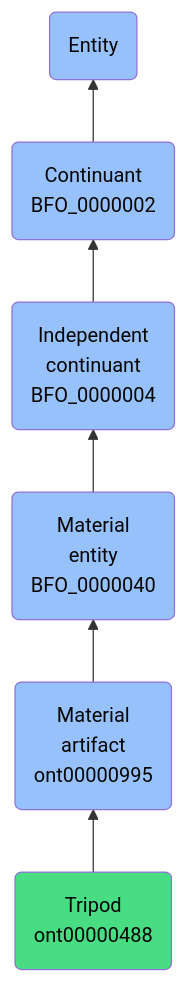
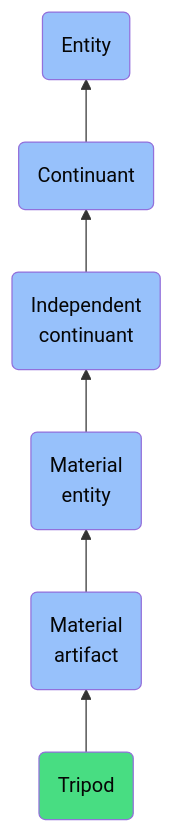
Before and after one commit to jupyter-naas/abi: the diagram in docs/ontology/reference/model/Entity/Continuant/Independent continuant/Material entity/Material artifact/Tripod/Tripod.md, drawn with Mermaid. The commit also changed other lines of this file and 1430 other files, not shown here.

````diff
--- a/docs/ontology/reference/model/Entity/Continuant/Independent continuant/Material entity/Material artifact/Tripod/Tripod.md
+++ b/docs/ontology/reference/model/Entity/Continuant/Independent continuant/Material entity/Material artifact/Tripod/Tripod.md
@@ -24,13 +24,13 @@
 ```mermaid
 graph BT
-    ont00000488(Tripod<br>ont00000488):::ABI-->ont00000995
-    ont00000995(Material<br>artifact<br>ont00000995):::BFO-->BFO_0000040
-    BFO_0000040(Material<br>entity<br>BFO_0000040):::BFO-->BFO_0000004
-    BFO_0000004(Independent<br>continuant<br>BFO_0000004):::BFO-->BFO_0000002
-    BFO_0000002(Continuant<br>BFO_0000002):::BFO-->BFO_0000001
+    ont00000488(Tripod):::ABI-->ont00000995
+    ont00000995(Material<br>artifact):::BFO-->BFO_0000040
+    BFO_0000040(Material<br>entity):::BFO-->BFO_0000004
+    BFO_0000004(Independent<br>continuant):::BFO-->BFO_0000002
+    BFO_0000002(Continuant):::BFO-->BFO_0000001
     BFO_0000001(Entity):::BFO
     
     classDef BFO fill:#97c1fb,color:#060606
     classDef CCO fill:#e4c51e,color:#060606
     classDef ABI fill:#48DD82,color:#060606
 ```
````
